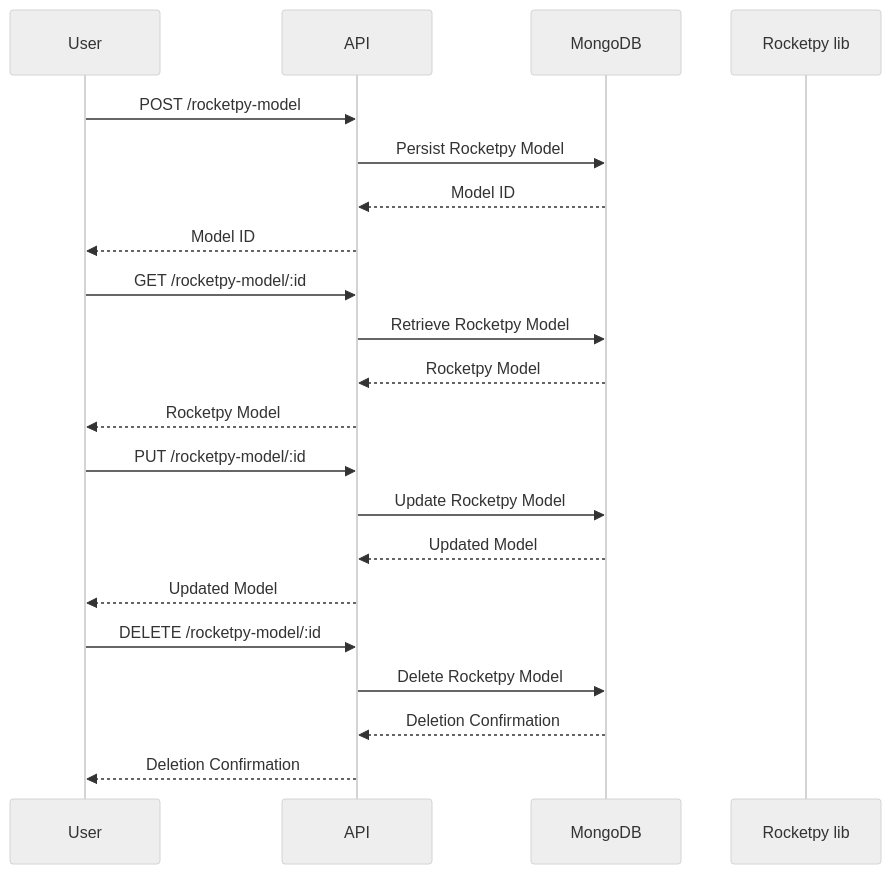
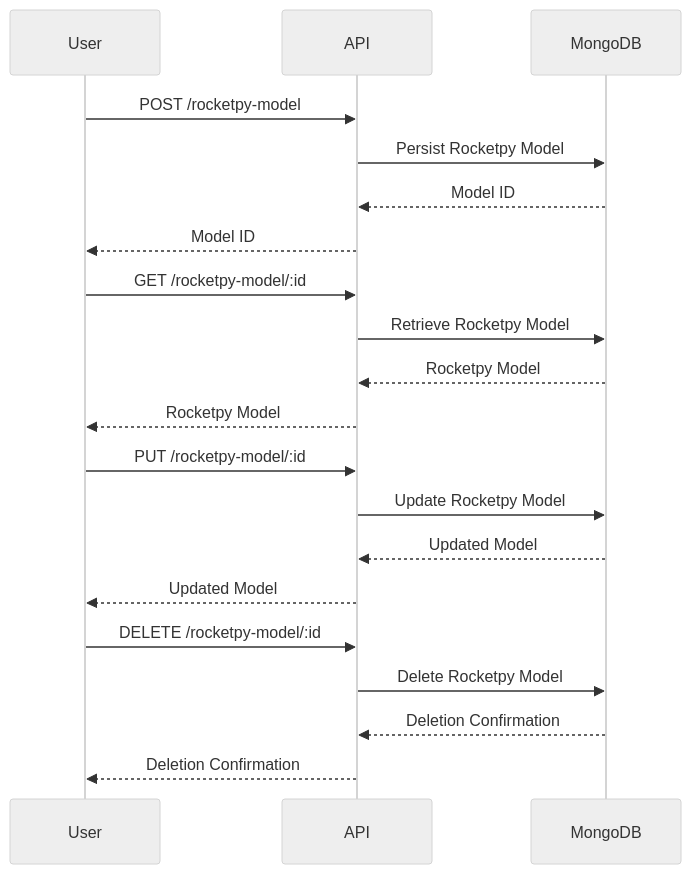
Before and after one commit to RocketPy-Team/Infinity-API: the first of 2 diagrams in README.md, drawn with Mermaid (neutral theme). The commit also changed other lines of this file, not shown here.

````diff
--- a/README.md
+++ b/README.md
@@ -65,28 +65,27 @@
 ```mermaid
 sequenceDiagram
     participant User
     participant API
     participant MongoDB
-    participant Rocketpy lib
 
     User ->> API: POST /rocketpy-model    
     API ->> MongoDB: Persist Rocketpy Model
     MongoDB -->> API: Model ID
     API -->> User: Model ID
 
     User ->> API: GET /rocketpy-model/:id
     API ->> MongoDB: Retrieve Rocketpy Model
     MongoDB -->> API: Rocketpy Model
     API -->> User: Rocketpy Model
 
     User ->> API: PUT /rocketpy-model/:id
     API ->> MongoDB: Update Rocketpy Model
     MongoDB -->> API: Updated Model
     API -->> User: Updated Model
 
     User ->> API: DELETE /rocketpy-model/:id
     API ->> MongoDB: Delete Rocketpy Model
     MongoDB -->> API: Deletion Confirmation
     API -->> User: Deletion Confirmation
 
 ```
````
